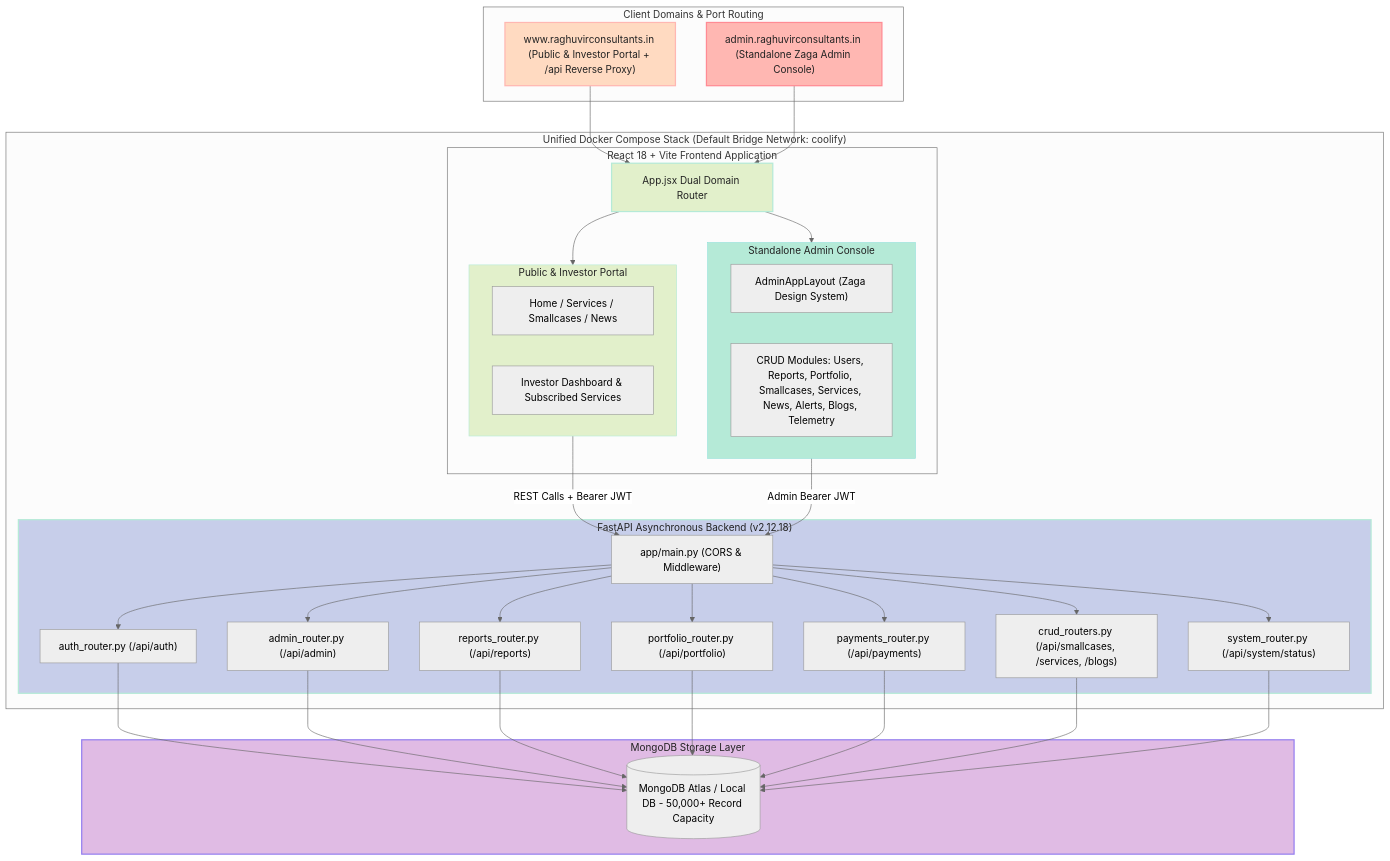
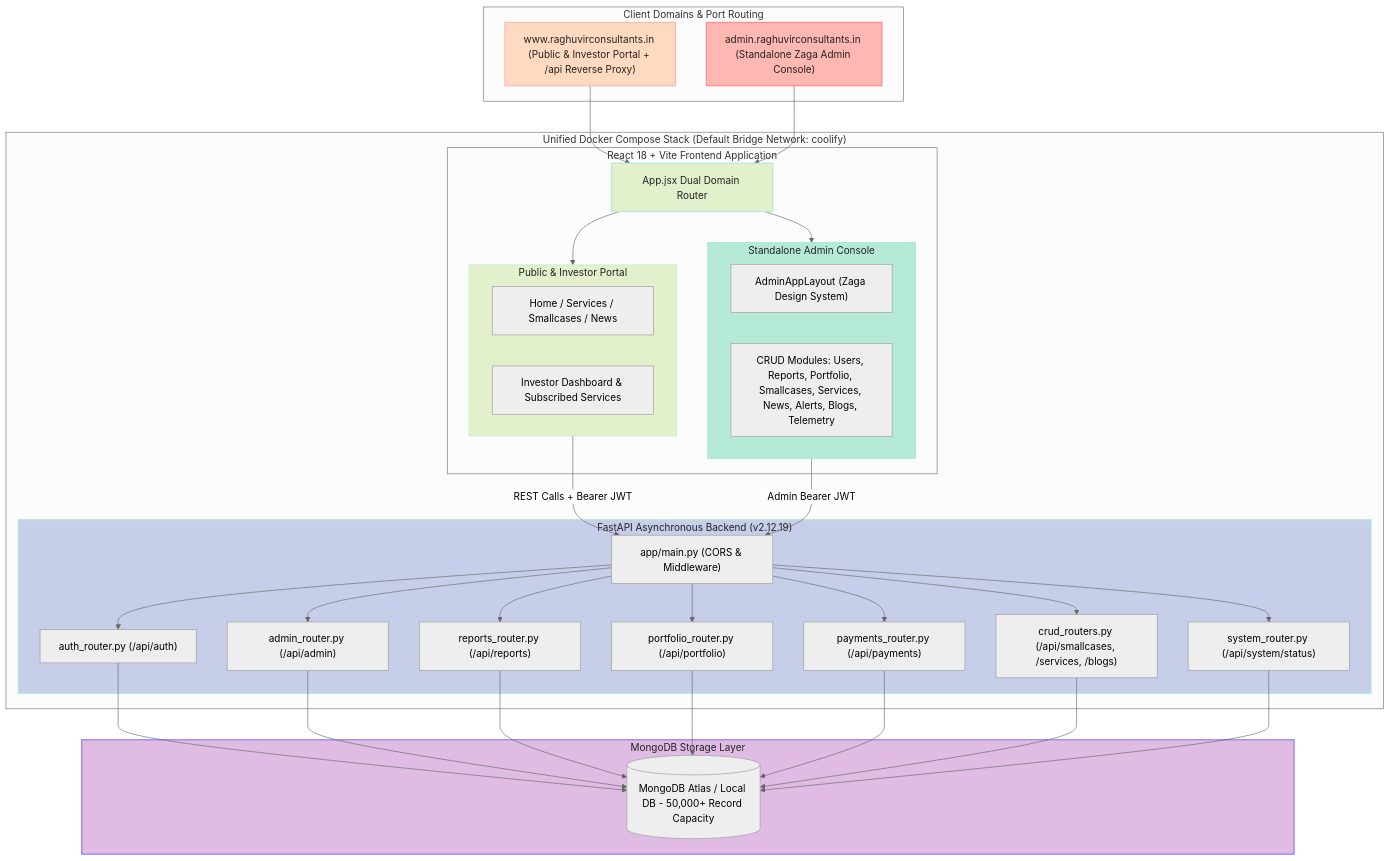
Before and after one commit to tejasrsuthar/raghuvirconsultants-site: the first of 2 diagrams in backend/docs/ARCHITECTURE.md, drawn with Mermaid (neutral theme). The commit also changed other lines of this file and 10 other files, not shown here.

````diff
--- a/backend/docs/ARCHITECTURE.md
+++ b/backend/docs/ARCHITECTURE.md
@@ -14,72 +14,72 @@
 ```mermaid
 graph TD
     subgraph ClientDomains["Client Domains & Port Routing"]
         PublicDomain["www.raghuvirconsultants.in (Public & Investor Portal + /api Reverse Proxy)"]
         AdminDomain["admin.raghuvirconsultants.in (Standalone Zaga Admin Console)"]
     end
 
     subgraph ComposeStack["Unified Docker Compose Stack (Default Bridge Network: coolify)"]
         subgraph ReactFrontend["React 18 + Vite Frontend Application"]
             AppRouter["App.jsx Dual Domain Router"]
             
             subgraph PublicPortal["Public & Investor Portal"]
               PublicViews["Home / Services / Smallcases / News"]
               InvestorPortal["Investor Dashboard & Subscribed Services"]
             end
 
             subgraph ZagaAdmin["Standalone Admin Console"]
               AdminLayout["AdminAppLayout (Zaga Design System)"]
               AdminModules["CRUD Modules: Users, Reports, Portfolio, Smallcases, Services, News, Alerts, Blogs, Telemetry"]
             end
         end
 
-        subgraph FastAPIServer["FastAPI Asynchronous Backend (v2.12.18)"]
+        subgraph FastAPIServer["FastAPI Asynchronous Backend (v2.12.19)"]
             API["app/main.py (CORS & Middleware)"]
             AuthRouter["auth_router.py (/api/auth)"]
             AdminRouter["admin_router.py (/api/admin)"]
             ReportsRouter["reports_router.py (/api/reports)"]
             PortfolioRouter["portfolio_router.py (/api/portfolio)"]
             PaymentsRouter["payments_router.py (/api/payments)"]
             CRUDRouters["crud_routers.py (/api/smallcases, /services, /blogs)"]
             SystemRouter["system_router.py (/api/system/status)"]
         end
     end
 
     subgraph DataStore["MongoDB Storage Layer"]
         MongoDB[(MongoDB Atlas / Local DB - 50,000+ Record Capacity)]
     end
 
     PublicDomain --> AppRouter
     AdminDomain --> AppRouter
 
     AppRouter --> PublicPortal
     AppRouter --> ZagaAdmin
 
     PublicPortal -->|REST Calls + Bearer JWT| API
     ZagaAdmin -->|Admin Bearer JWT| API
 
     API --> AuthRouter
     API --> AdminRouter
     API --> ReportsRouter
     API --> PortfolioRouter
     API --> PaymentsRouter
     API --> CRUDRouters
     API --> SystemRouter
 
     AuthRouter --> MongoDB
     AdminRouter --> MongoDB
     ReportsRouter --> MongoDB
     PortfolioRouter --> MongoDB
     PaymentsRouter --> MongoDB
     CRUDRouters --> MongoDB
     SystemRouter --> MongoDB
 
     %% Pastel Color Palette Styling
     style PublicDomain fill:#FFDAC1,stroke:#FFB7B2,stroke-width:2px,color:#222;
     style AdminDomain fill:#FFB7B2,stroke:#FF8B94,stroke-width:2px,color:#222;
     style AppRouter fill:#E2F0CB,stroke:#B5EAD7,stroke-width:2px,color:#222;
     style PublicPortal fill:#E2F0CB,stroke:#B5EAD7,stroke-width:1px,color:#222;
     style ZagaAdmin fill:#B5EAD7,stroke:#93E1D8,stroke-width:1px,color:#222;
     style FastAPIServer fill:#C7CEEA,stroke:#B5EAD7,stroke-width:2px,color:#222;
     style DataStore fill:#E0BBE4,stroke:#957FEF,stroke-width:2px,color:#222;
 ```
````
